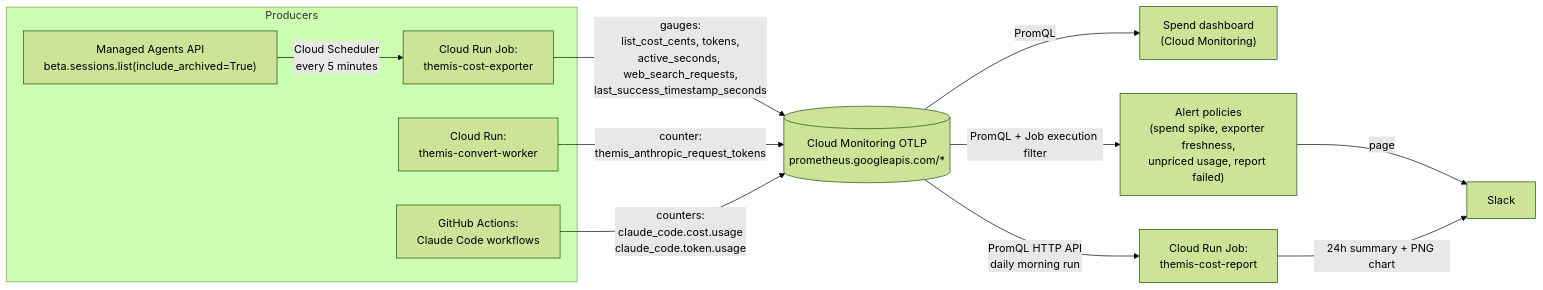
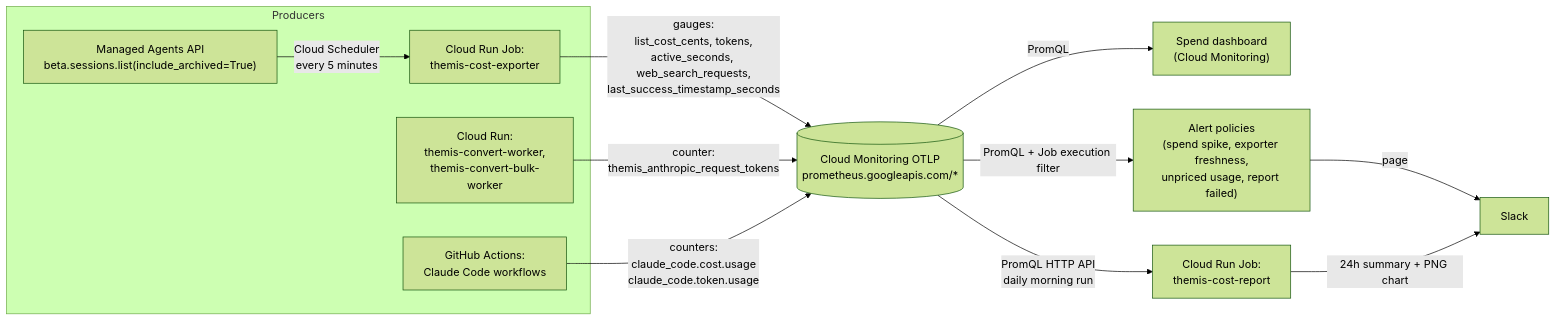
Before and after one commit to populationgenomics/themis: the diagram in docs/design/cost-monitoring.md, drawn with Mermaid (forest theme). The commit also changed other lines of this file and 9 other files, not shown here.

First line of the commit message:
infra: the convert worker runs as two services, one per queue (#1009)

````diff
--- a/docs/design/cost-monitoring.md
+++ b/docs/design/cost-monitoring.md
@@ -135,18 +135,18 @@
 ```mermaid
 flowchart LR
   subgraph Producers
     MA["Managed Agents API\nbeta.sessions.list(include_archived=True)"] -->|"Cloud Scheduler\nevery 5 minutes"| CE["Cloud Run Job:\nthemis-cost-exporter"]
-    CW["Cloud Run:\nthemis-convert-worker"]
+    CW["Cloud Run:\nthemis-convert-worker,\nthemis-convert-bulk-worker"]
     CI["GitHub Actions:\nClaude Code workflows"]
   end
 
   CE -->|"gauges:\nlist_cost_cents, tokens,\nactive_seconds, web_search_requests,\nlast_success_timestamp_seconds"| CM[("Cloud Monitoring OTLP\nprometheus.googleapis.com/*")]
   CW -->|"counter:\nthemis_anthropic_request_tokens"| CM
   CI -->|"counters:\nclaude_code.cost.usage\nclaude_code.token.usage"| CM
 
   CM -->|"PromQL"| DB["Spend dashboard\n(Cloud Monitoring)"]
   CM -->|"PromQL + Job execution filter"| AL["Alert policies\n(spend spike, exporter freshness,\nunpriced usage, report failed)"]
   CM -->|"PromQL HTTP API\ndaily morning run"| CR["Cloud Run Job:\nthemis-cost-report"]
   AL -->|"page"| SL["Slack"]
   CR -->|"24h summary + PNG chart"| SL
 ```
````
